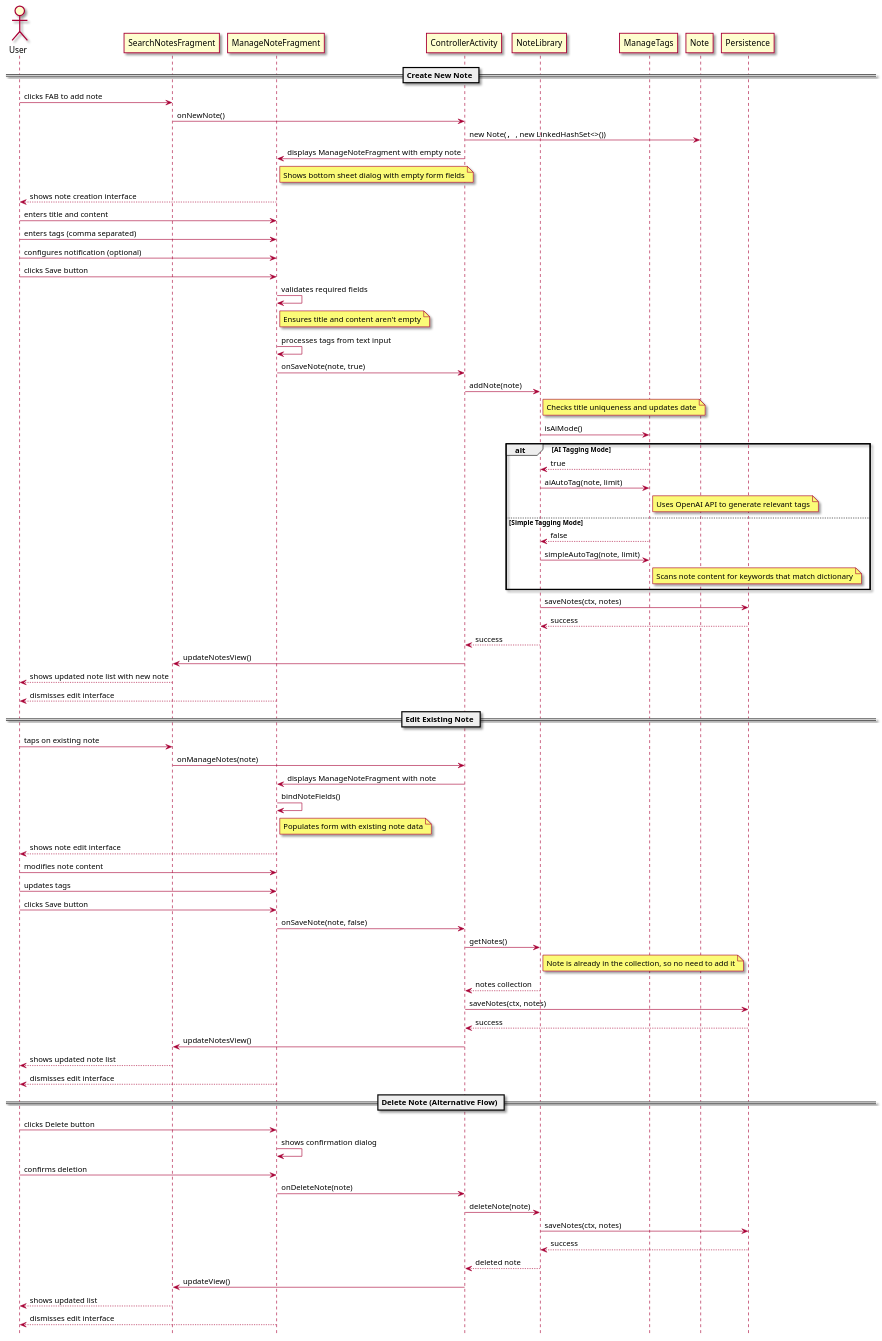
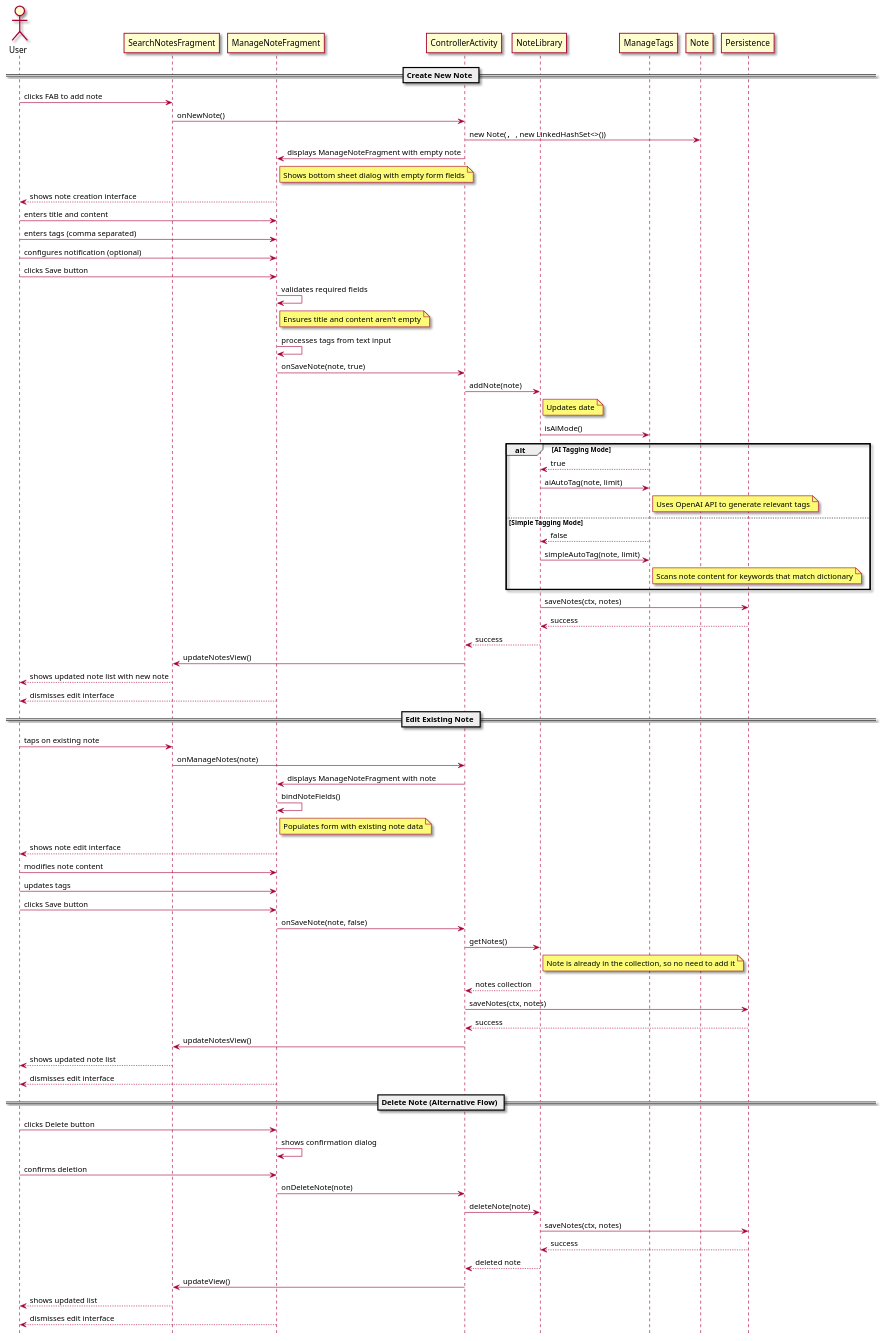
The second of 2 diagrams in docs/architecture/use-cases/manageNote.md (patricksmill/QuickNotes), drawn with PlantUML before and after one commit. The commit also changed 2 other files, not shown here.

Commit message:
refactor: allow duplicate note titles in NoteLibrary
- Removed the uniqueness check for note titles in the NoteLibrary class, enabling the addition of notes with duplicate titles in a case-insensitive manner.
- Added a new test case to verify that notes with duplicate titles can be added successfully without throwing exceptions.

````diff
--- a/docs/architecture/use-cases/manageNote.md
+++ b/docs/architecture/use-cases/manageNote.md
@@ -102,82 +102,82 @@
 ```plantuml
 @startuml
 hide footbox
 skin rose
 actor User as user
 participant "SearchNotesFragment" as listUI
 participant "ManageNoteFragment" as noteUI
 participant "ControllerActivity" as controller
 participant "NoteLibrary" as noteLibrary
 participant "ManageTags" as manageTags
 participant "Note" as note
 participant "Persistence" as persistence
 
 == Create New Note ==
 user -> listUI: clicks FAB to add note
 listUI -> controller: onNewNote()
 controller -> note: new Note("", "", new LinkedHashSet<>())
 controller -> noteUI: displays ManageNoteFragment with empty note
 note right of noteUI: Shows bottom sheet dialog with empty form fields
 noteUI --> user: shows note creation interface
 user -> noteUI: enters title and content
 user -> noteUI: enters tags (comma separated)
 user -> noteUI: configures notification (optional)
 user -> noteUI: clicks Save button
 noteUI -> noteUI: validates required fields
 note right of noteUI: Ensures title and content aren't empty
 noteUI -> noteUI: processes tags from text input
 noteUI -> controller: onSaveNote(note, true)
 controller -> noteLibrary: addNote(note)
-note right of noteLibrary: Checks title uniqueness and updates date
+note right of noteLibrary: Updates date
 noteLibrary -> manageTags: isAiMode()
 alt AI Tagging Mode
   manageTags --> noteLibrary: true
   noteLibrary -> manageTags: aiAutoTag(note, limit)
   note right of manageTags: Uses OpenAI API to generate relevant tags
 else Simple Tagging Mode
   manageTags --> noteLibrary: false
   noteLibrary -> manageTags: simpleAutoTag(note, limit)
   note right of manageTags: Scans note content for keywords that match dictionary
 end
 noteLibrary -> persistence: saveNotes(ctx, notes)
 persistence --> noteLibrary: success
 noteLibrary --> controller: success
 controller -> listUI: updateNotesView()
 listUI --> user: shows updated note list with new note
 noteUI --> user: dismisses edit interface
 
 == Edit Existing Note ==
 user -> listUI: taps on existing note
 listUI -> controller: onManageNotes(note)
 controller -> noteUI: displays ManageNoteFragment with note
 noteUI -> noteUI: bindNoteFields()
 note right of noteUI: Populates form with existing note data
 noteUI --> user: shows note edit interface
 user -> noteUI: modifies note content
 user -> noteUI: updates tags
 user -> noteUI: clicks Save button
 noteUI -> controller: onSaveNote(note, false)
 controller -> noteLibrary: getNotes()
 note right of noteLibrary: Note is already in the collection, so no need to add it
 noteLibrary --> controller: notes collection
 controller -> persistence: saveNotes(ctx, notes)
 persistence --> controller: success
 controller -> listUI: updateNotesView()
 listUI --> user: shows updated note list
 noteUI --> user: dismisses edit interface
 
 
 == Delete Note (Alternative Flow) ==
 user -> noteUI: clicks Delete button
 noteUI -> noteUI: shows confirmation dialog
 user -> noteUI: confirms deletion
 noteUI -> controller: onDeleteNote(note)
 controller -> noteLibrary: deleteNote(note)
 noteLibrary -> persistence: saveNotes(ctx, notes)
 persistence --> noteLibrary: success
 noteLibrary --> controller: deleted note
 controller -> listUI: updateView()
 listUI --> user: shows updated list
 noteUI --> user: dismisses edit interface
 @enduml
 ```
````
